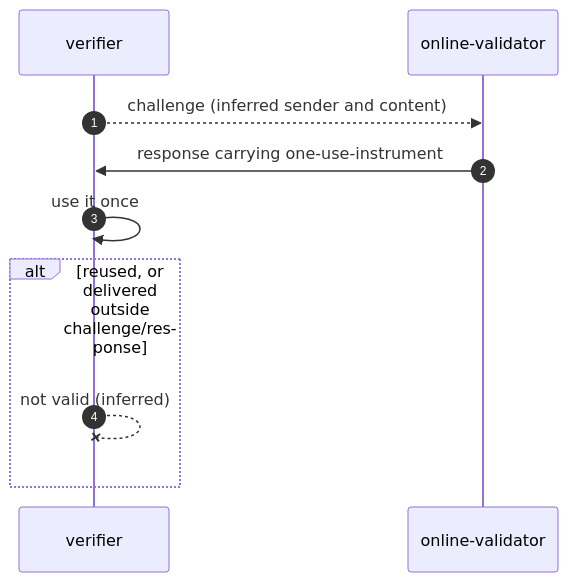
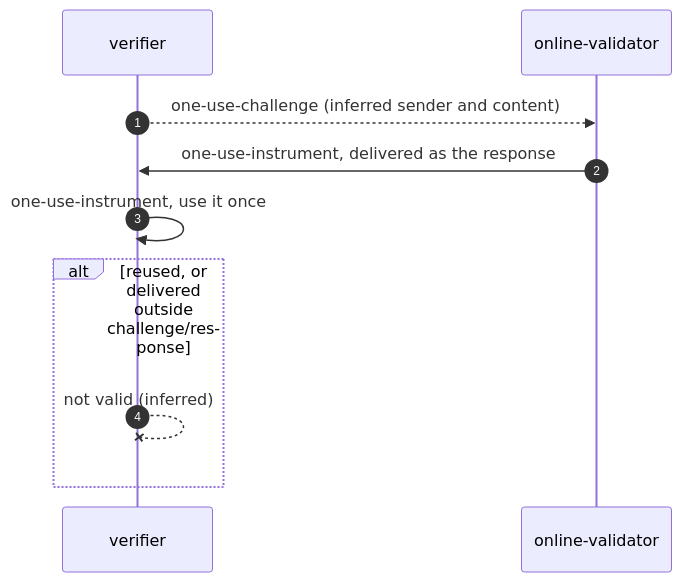
Before and after one commit to m-of-n/library: diagram 13 of 26 in records/ietf/rfc-2692/distilled/protocol.md, drawn with Mermaid. The commit also changed other lines of this file and 9 other files, not shown here.

````diff
--- a/records/ietf/rfc-2692/distilled/protocol.md
+++ b/records/ietf/rfc-2692/distilled/protocol.md
@@ -413,12 +425,12 @@
 ```mermaid
 sequenceDiagram
   autonumber
   participant V as verifier
   participant O as online-validator
-  V-->>O: challenge (inferred sender and content)
-  O->>V: response carrying one-use-instrument
-  V->>V: use it once
+  V-->>O: one-use-challenge (inferred sender and content)
+  O->>V: one-use-instrument, delivered as the response
+  V->>V: one-use-instrument, use it once
   alt reused, or delivered outside challenge/response
     V--xV: not valid (inferred)
   end
 ```
````
